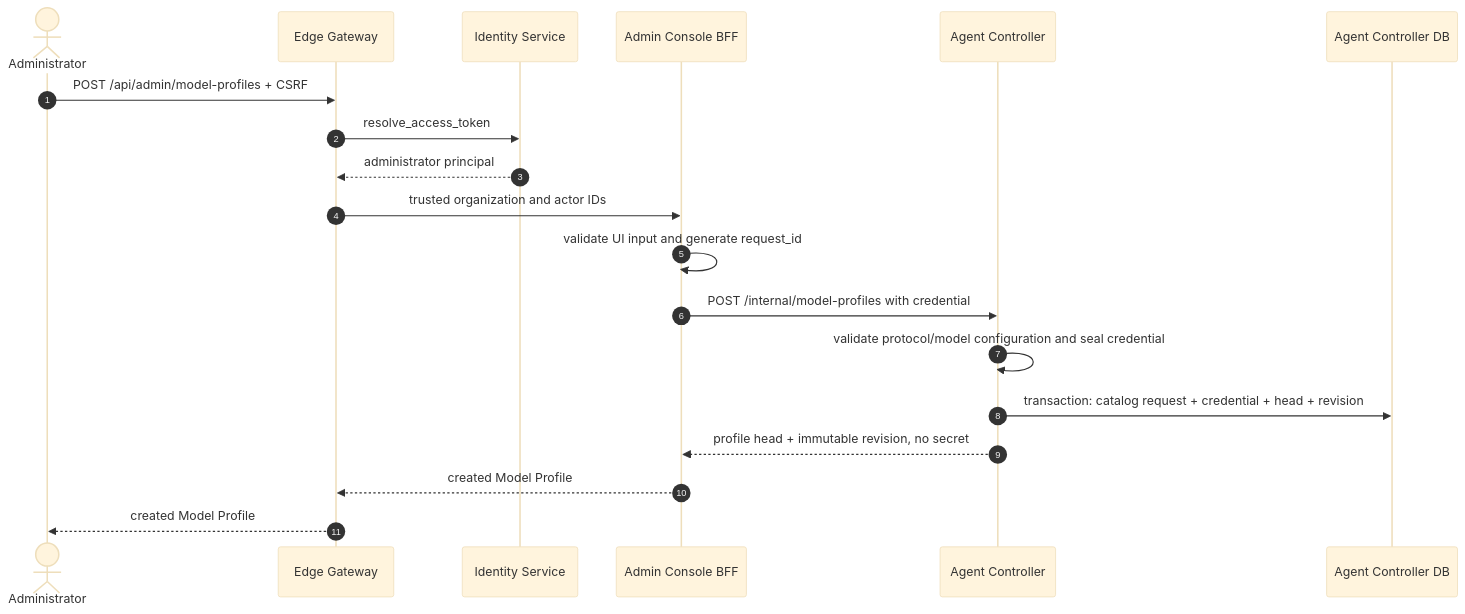
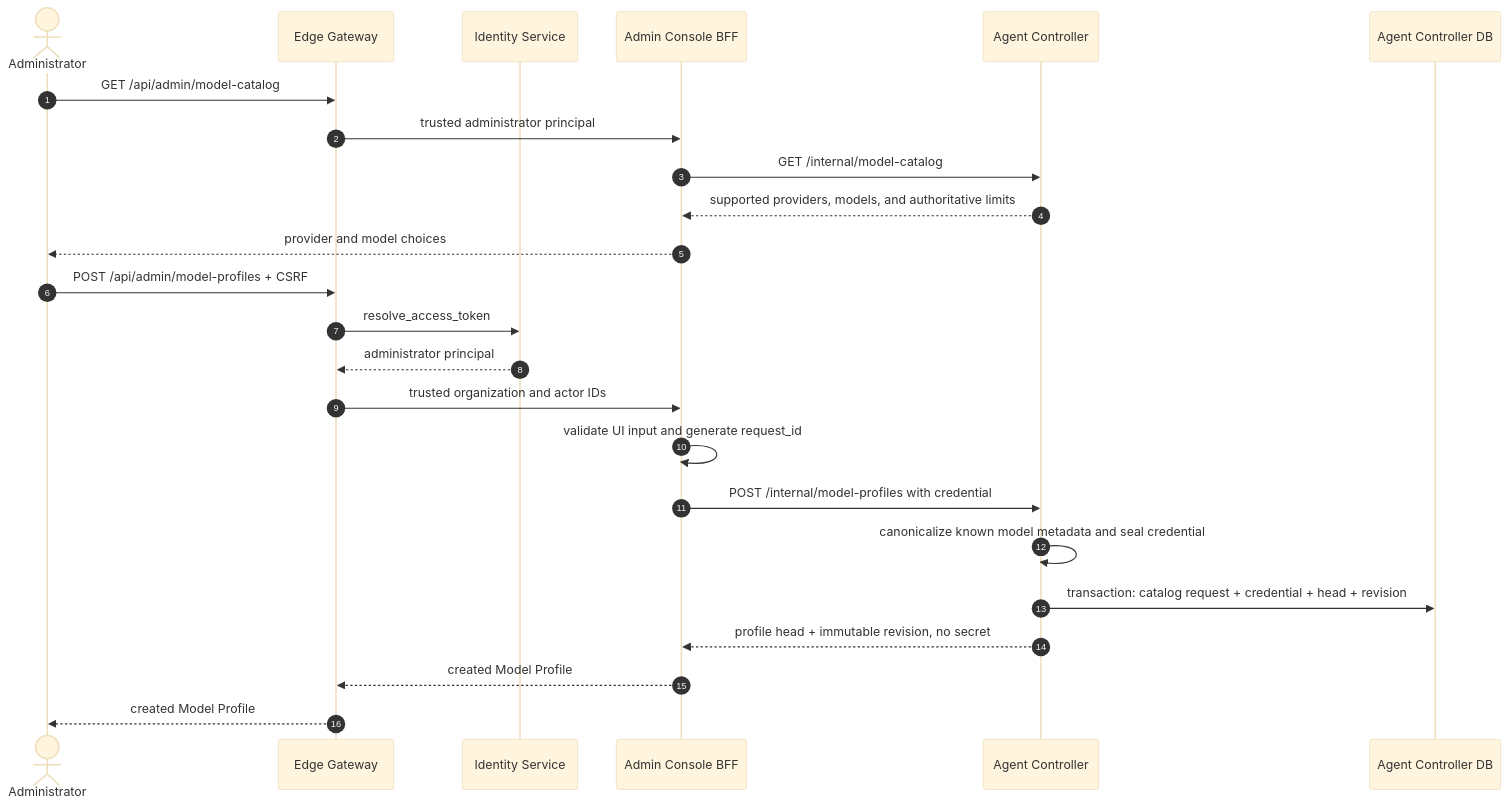
The sixth of 19 diagrams in docs/business-sequences.md (tf4fun/antnest-platform), drawn with Mermaid (base theme) before and after one commit. The commit also changed other lines of this file and 170 other files, not shown here.

````diff
--- a/docs/business-sequences.md
+++ b/docs/business-sequences.md
@@ -278,22 +391,27 @@
 ```mermaid
 sequenceDiagram
     autonumber
     actor AdminUser as Administrator
     participant Edge as Edge Gateway
     participant Identity as Identity Service
     participant Admin as Admin Console BFF
     participant AC as Agent Controller
     participant ACDB as Agent Controller DB
 
+    AdminUser->>Edge: GET /api/admin/model-catalog
+    Edge->>Admin: trusted administrator principal
+    Admin->>AC: GET /internal/model-catalog
+    AC-->>Admin: supported providers, models, and authoritative limits
+    Admin-->>AdminUser: provider and model choices
     AdminUser->>Edge: POST /api/admin/model-profiles + CSRF
     Edge->>Identity: resolve_access_token
     Identity-->>Edge: administrator principal
     Edge->>Admin: trusted organization and actor IDs
     Admin->>Admin: validate UI input and generate request_id
     Admin->>AC: POST /internal/model-profiles with credential
-    AC->>AC: validate protocol/model configuration and seal credential
+    AC->>AC: canonicalize known model metadata and seal credential
     AC->>ACDB: transaction: catalog request + credential + head + revision
     AC-->>Admin: profile head + immutable revision, no secret
     Admin-->>Edge: created Model Profile
     Edge-->>AdminUser: created Model Profile
 ```
````
